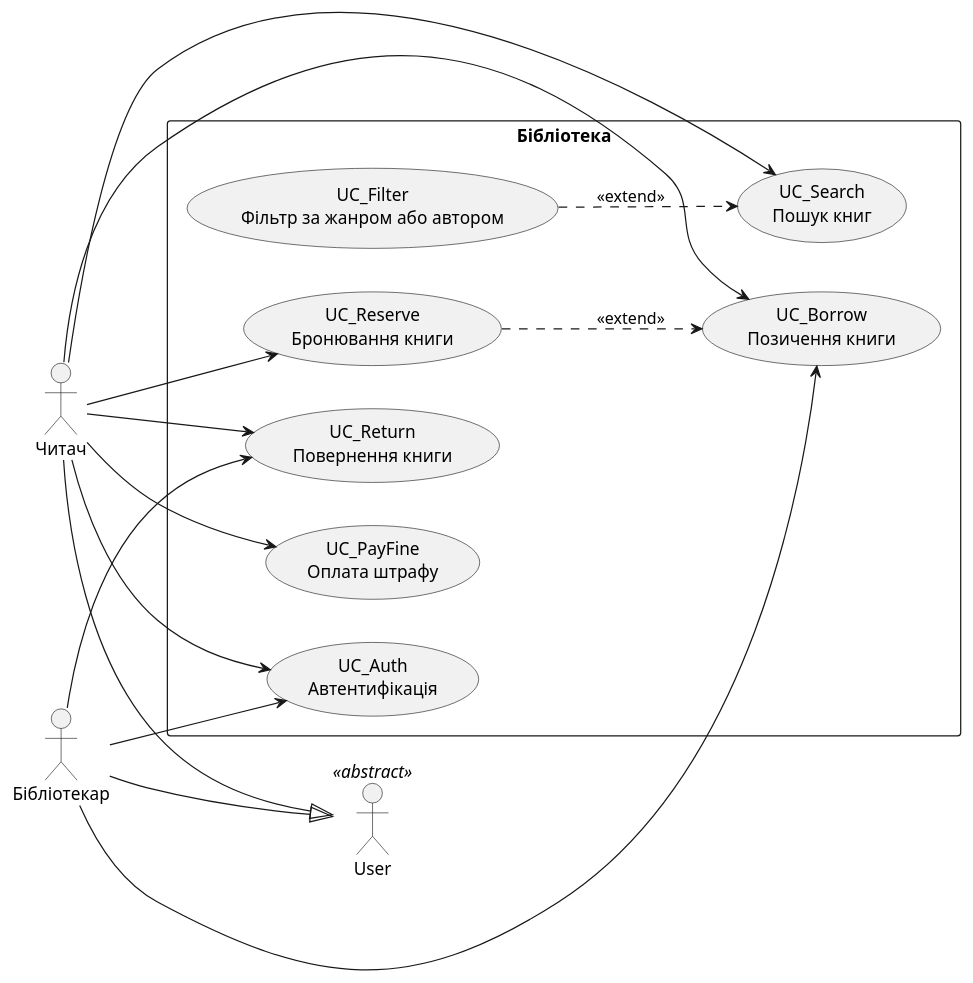
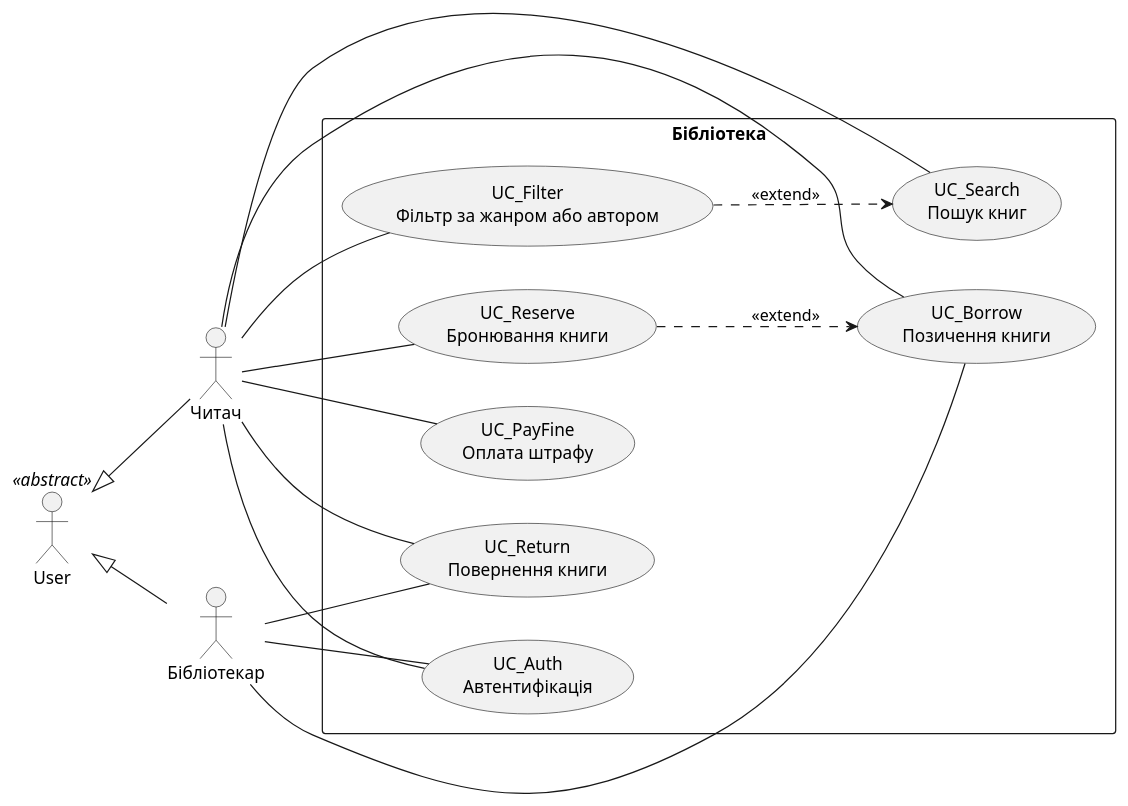
The diagram in task-2/usecase.puml (veronikapaschenkor29-png/Library-Modeling-and-Analysis-of-Software-Requirements), drawn with PlantUML before and after one commit.

Commit message:
docs(task-2): clean usecase.puml layout
Актори зліва, прецеденти в rectangle, асоціації без стрілок, extend пунктиром. Набір UC і зв'язків збережено.

```diff
--- a/task-2/usecase.puml
+++ b/task-2/usecase.puml
@@ -1,34 +1,35 @@
 @startuml use-case
 left to right direction
 skinparam packageStyle rectangle
 
 actor "User" as User <<abstract>>
 actor "Читач" as Reader
 actor "Бібліотекар" as Librarian
 
-Reader --|> User
-Librarian --|> User
+User <|-- Reader
+User <|-- Librarian
 
 rectangle "Бібліотека" {
   usecase "UC_Auth\nАвтентифікація" as Auth
   usecase "UC_Search\nПошук книг" as Search
   usecase "UC_Filter\nФільтр за жанром або автором" as Filter
   usecase "UC_Borrow\nПозичення книги" as Borrow
   usecase "UC_Reserve\nБронювання книги" as Reserve
   usecase "UC_Return\nПовернення книги" as Return
   usecase "UC_PayFine\nОплата штрафу" as PayFine
 }
 
-Reader --> Auth
-Reader --> Search
-Reader --> Borrow
-Reader --> Reserve
-Reader --> Return
-Reader --> PayFine
-Librarian --> Return
-Librarian --> Borrow
-Librarian --> Auth
+Reader -- Auth
+Reader -- Search
+Reader -- Filter
+Reader -- Borrow
+Reader -- Reserve
+Reader -- Return
+Reader -- PayFine
+Librarian -- Auth
+Librarian -- Borrow
+Librarian -- Return
 
 Filter ..> Search : <<extend>>
 Reserve ..> Borrow : <<extend>>
 @enduml
```
